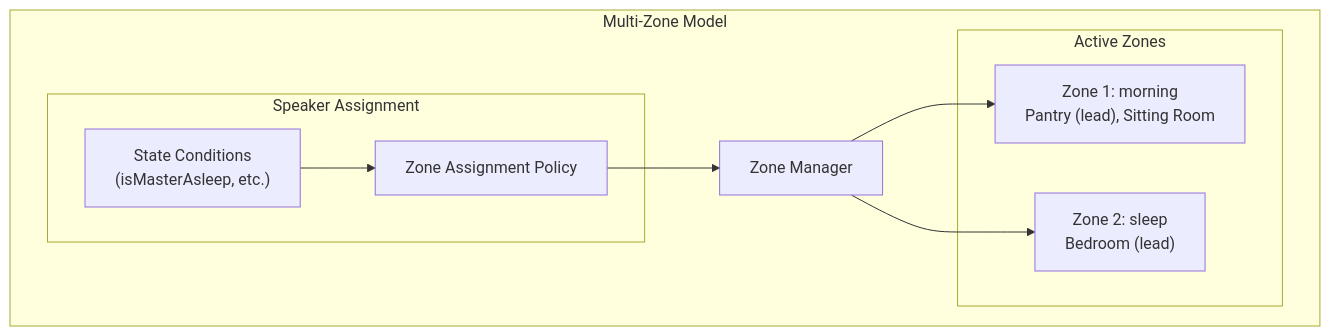
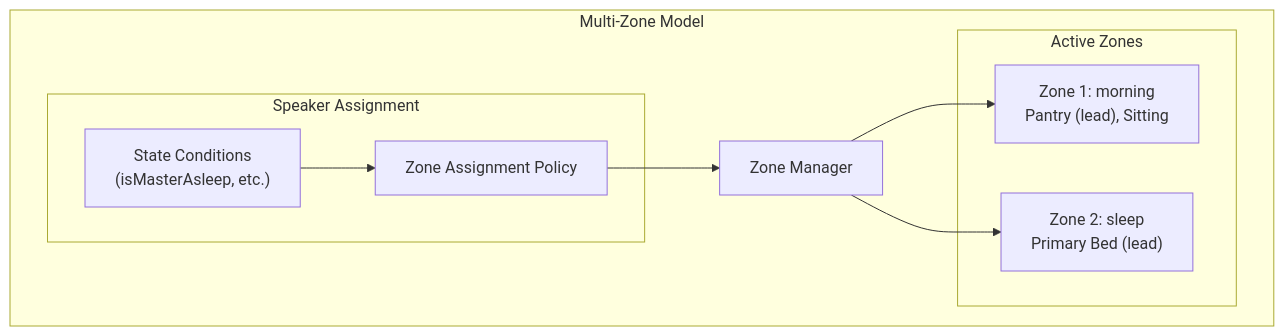
The second of 4 diagrams in docs/architecture/MULTI_ZONE_MUSIC.md (NickBorgers/home-automation), drawn with Mermaid before and after one commit. The commit also changed other lines of this file and 40 other files, not shown here.

````diff
--- a/docs/architecture/MULTI_ZONE_MUSIC.md
+++ b/docs/architecture/MULTI_ZONE_MUSIC.md
@@ -41,21 +41,21 @@
 ```mermaid
 flowchart TB
     subgraph Proposed["Multi-Zone Model"]
         zoneManager["Zone Manager"]
 
         subgraph Zones["Active Zones"]
-            zone1["Zone 1: morning<br/>Pantry (lead), Sitting Room"]
-            zone2["Zone 2: sleep<br/>Bedroom (lead)"]
+            zone1["Zone 1: morning<br/>Pantry (lead), Sitting"]
+            zone2["Zone 2: sleep<br/>Primary Bed (lead)"]
         end
 
         subgraph SpeakerAssignment["Speaker Assignment"]
             policy["Zone Assignment Policy"]
             conditions["State Conditions<br/>(isMasterAsleep, etc.)"]
         end
     end
 
     zoneManager --> zone1
     zoneManager --> zone2
     policy --> zoneManager
     conditions --> policy
 ```
````
